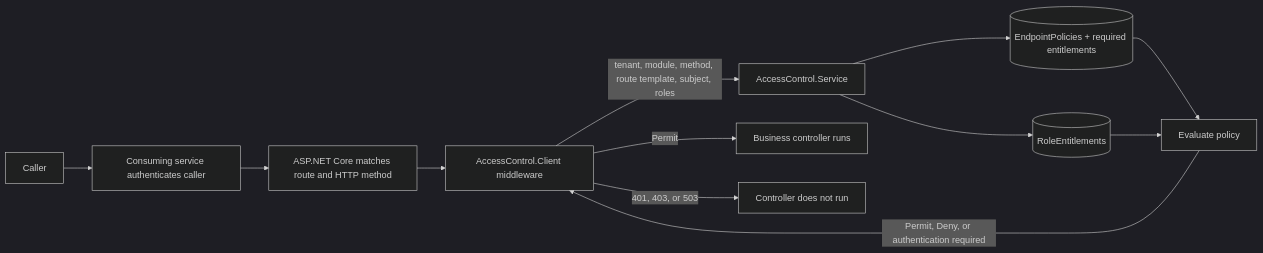
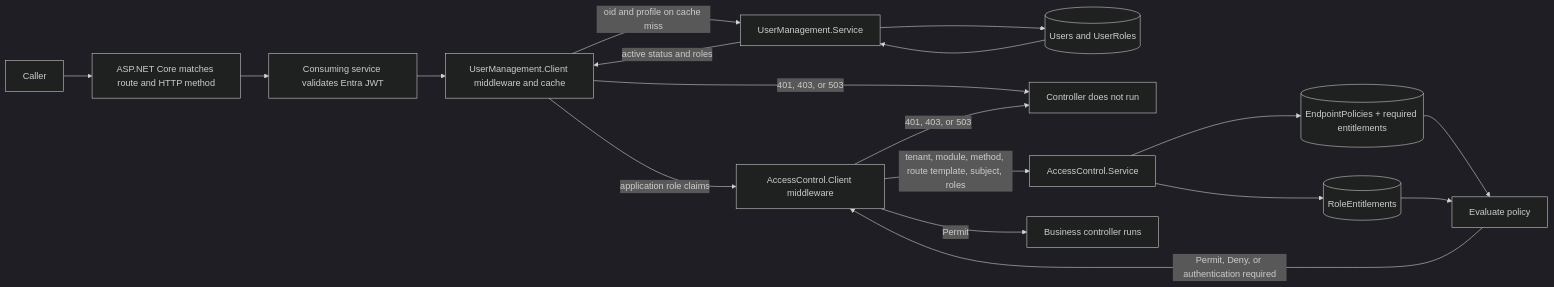
Before and after one commit to NMomchilo/AccessControl: the diagram in docs/architecture.md, drawn with Mermaid (dark theme). The commit also changed other lines of this file and 92 other files, not shown here.

Commit message:
add user management

````diff
--- a/docs/architecture.md
+++ b/docs/architecture.md
@@ -3,14 +9,20 @@
 ```mermaid
 flowchart LR
-    Caller[Caller] --> Auth[Consuming service authenticates caller]
-    Auth --> Route[ASP.NET Core matches route and HTTP method]
-    Route --> NuGet[AccessControl.Client middleware]
+    Caller[Caller] --> Route[ASP.NET Core matches route and HTTP method]
+    Route --> Auth[Consuming service validates Entra JWT]
+    Auth --> UserClient[UserManagement.Client middleware and cache]
+    UserClient -->|oid and profile on cache miss| UserApi[UserManagement.Service]
+    UserApi --> Users[(Users and UserRoles)]
+    Users --> UserApi
+    UserApi -->|active status and roles| UserClient
+    UserClient -->|application role claims| NuGet[AccessControl.Client middleware]
+    UserClient -->|401, 403, or 503| Stop[Controller does not run]
     NuGet -->|tenant, module, method, route template, subject, roles| API[AccessControl.Service]
     API --> Policy[(EndpointPolicies + required entitlements)]
     API --> Grants[(RoleEntitlements)]
     Policy --> Evaluate[Evaluate policy]
     Grants --> Evaluate
     Evaluate -->|Permit, Deny, or authentication required| NuGet
     NuGet -->|Permit| Controller[Business controller runs]
     NuGet -->|401, 403, or 503| Stop[Controller does not run]
 ```
````
